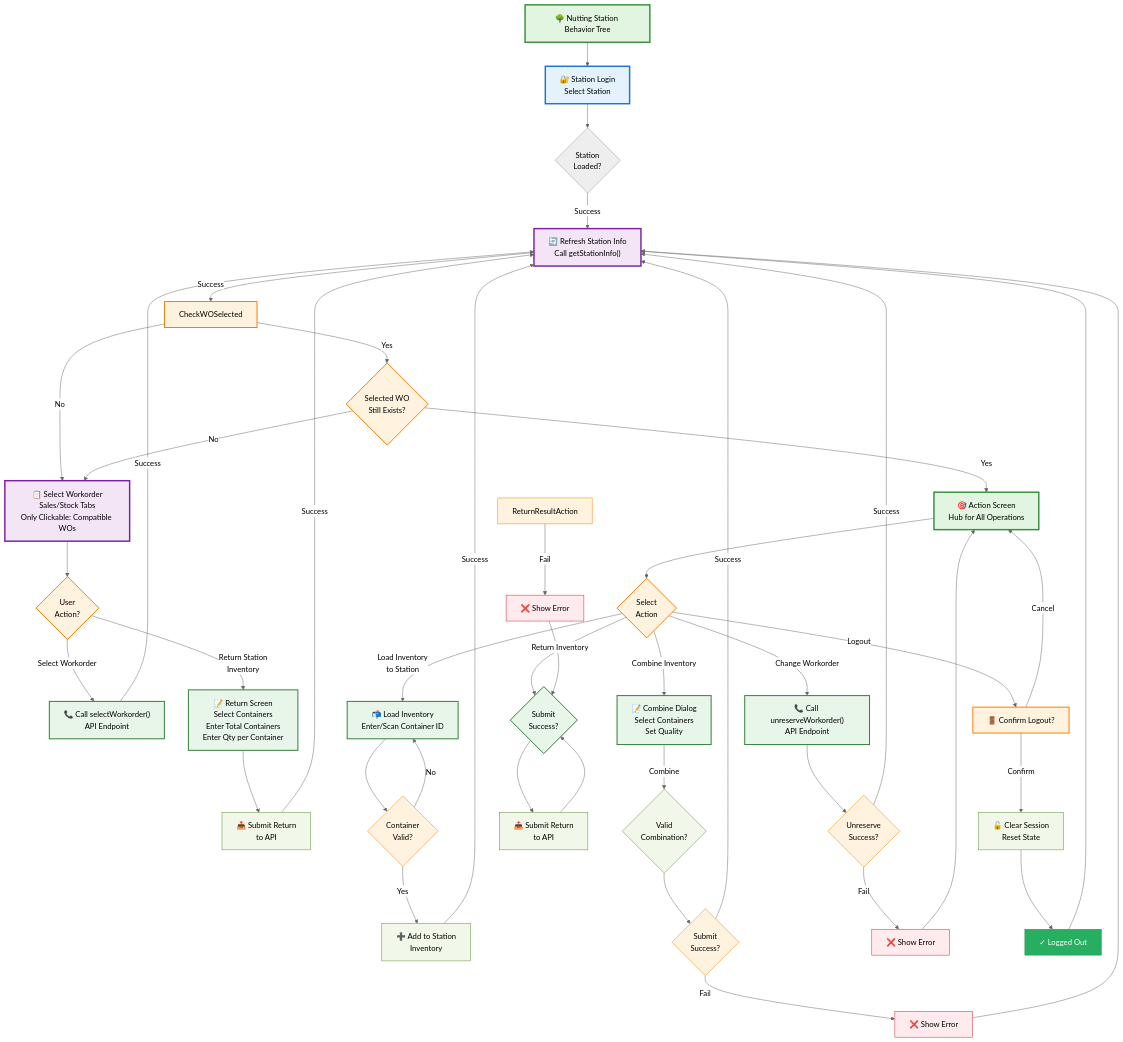
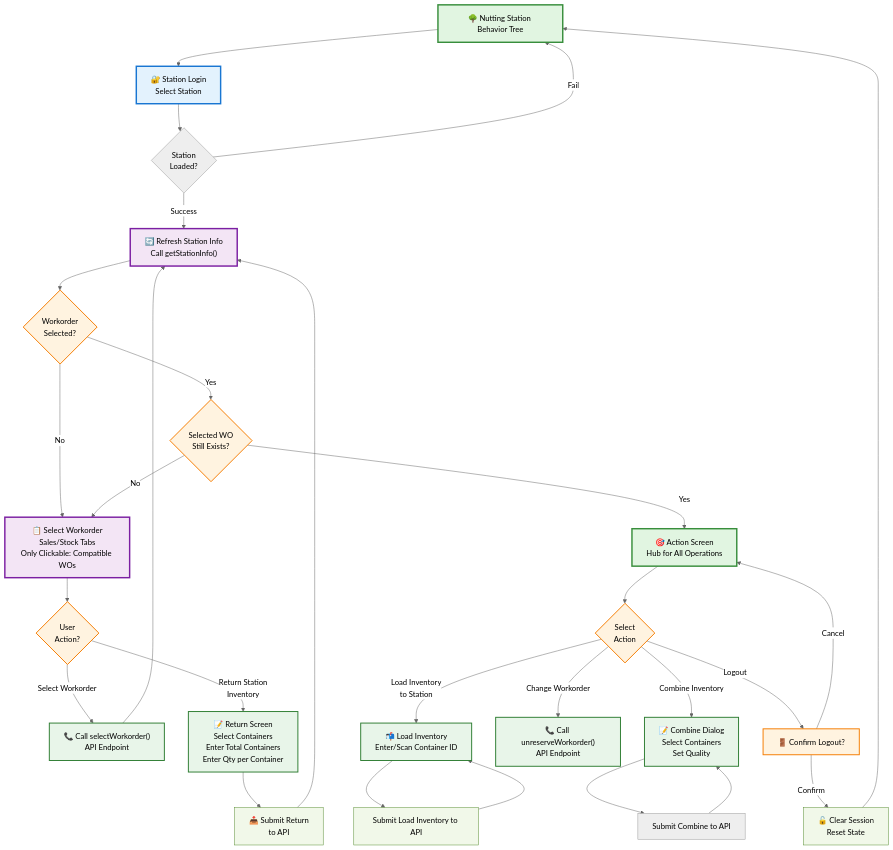
The diagram in diagrams/nutting-station-behavior-tree.mmd (ben-mad-jlp/claude-mermaid-collab), drawn with Mermaid (neutral theme) before and after one commit. The commit also changed 1 other file, not shown here.

Commit message:
feat: validate new state/node IDs
- Must start with letter, contain only alphanumeric and underscores
- Reject reserved Mermaid keywords (graph, subgraph, end, etc.)
- Show error and re-prompt on invalid input

```diff
--- a/diagrams/nutting-station-behavior-tree.mmd
+++ b/diagrams/nutting-station-behavior-tree.mmd
@@ -1,108 +1,81 @@
 graph TD
     Root["🌳 Nutting Station Behavior Tree"]
 
     %% Station Login Phase
     Root --> StationLogin["🔐 Station Login<br/>Select Station"]
     StationLogin --> LoginSuccess{Station<br/>Loaded?}
 
+    LoginSuccess -->|Fail| Root
 
     LoginSuccess -->|Success| Refresh["🔄 Refresh Station Info<br/>Call getStationInfo()"]
-    Refresh -->|Success| CheckWOSelected
-
-
+    Refresh --> CheckWOSelected{Workorder<br/>Selected?}
 
     %% Workorder Selection Phase
     CheckWOSelected -->|No| SelectWO["📋 Select Workorder<br/>Sales/Stock Tabs<br/>Only Clickable: Compatible WOs"]
     CheckWOSelected -->|Yes| CheckWOExists{Selected WO<br/>Still Exists?}
 
     CheckWOExists -->|No| SelectWO
 
     SelectWO --> WOAction{User<br/>Action?}
 
     WOAction -->|Select Workorder| CallSelectWO["📞 Call selectWorkorder()<br/>API Endpoint"]
 
 
     WOAction -->|Return Station<br/>Inventory| ReturnFromWOList["📝 Return Screen<br/>Select Containers<br/>Enter Total Containers<br/>Enter Qty per Container"]
     ReturnFromWOList --> ReturnSubmit["📥 Submit Return<br/>to API"]
 
     ActionScreen["🎯 Action Screen<br/>Hub for All Operations"]
     CheckWOExists -->|Yes| ActionScreen
 
     %% Main Action Screen with Operation Branches
     ActionScreen --> Action{Select<br/>Action}
 
     %% Load Inventory to Station Action
     Action -->|Load Inventory<br/>to Station| LoadInventory["📬 Load Inventory<br/>Enter/Scan Container ID"]
-    LoadInventory --> ValidateContainer{Container<br/>Valid?}
-    ValidateContainer -->|Yes| AddToInventory["➕ Add to Station<br/>Inventory"]
-    ValidateContainer -->|No| LoadInventory
-    AddToInventory -->|Success| Refresh
+    AddToInventory[Submit Load Inventory to API] --> LoadInventory
 
     %% Combine Inventory Action
     Action -->|Combine Inventory| CombineDialog["📝 Combine Dialog<br/>Select Containers<br/>Set Quality"]
-    CombineDialog -->|Combine| CombineSubmit{Valid<br/>Combination?}
-    CombineSubmit --> CombineResult{Submit<br/>Success?}
-    CombineResult -->|Fail| CombineFailError["❌ Show Error"]
-    CombineFailError --> Refresh
-    CombineResult -->|Success| Refresh
 
     %% Return Inventory Action (from Action Screen)
-    Action -->|Return Inventory| ReturnFromAction["📝 Return Screen<br/>Select Containers<br/>Enter Total Containers<br/>Enter Qty per Container"]
-    ReturnFromAction --> ReturnSubmitAction["📥 Submit Return<br/>to API"]
-    ReturnSubmitAction --> ReturnFromAction{Submit<br/>Success?}
-    ReturnResultAction -->|Fail| ReturnErrorAction["❌ Show Error"]
-    ReturnErrorAction --> ReturnFromAction
 
     %% Change Workorder Action
     Action -->|Change Workorder| CallUnreserve["📞 Call unreserveWorkorder()<br/>API Endpoint"]
-    CallUnreserve --> UnreserveResult{Unreserve<br/>Success?}
-    UnreserveResult -->|Fail| UnreserveError["❌ Show Error"]
-    UnreserveError --> ActionScreen
-    UnreserveResult -->|Success| Refresh
 
     %% Logout Action
     Action -->|Logout| LogoutConfirm["🚪 Confirm Logout?"]
     LogoutConfirm -->|Cancel| ActionScreen
     LogoutConfirm -->|Confirm| ExecuteLogout["🔓 Clear Session<br/>Reset State"]
-    ExecuteLogout --> LogoutSuccess["✓ Logged Out"]
-    LogoutSuccess --> Refresh
+    ExecuteLogout --> Root
 
     %% Styling
     style Root fill:#e1f5e1,stroke:#388e3c,stroke-width:3px
     style StationLogin fill:#e3f2fd,stroke:#1976d2,stroke-width:3px
     style Refresh fill:#f3e5f5,stroke:#7b1fa2,stroke-width:3px
     style CheckWOSelected fill:#fff3e0,stroke:#f57c00,stroke-width:2px
     style CheckWOExists fill:#fff3e0,stroke:#f57c00,stroke-width:2px
     style SelectWO fill:#f3e5f5,stroke:#7b1fa2,stroke-width:3px
     style WOAction fill:#fff3e0,stroke:#f57c00,stroke-width:2px
     style CallSelectWO fill:#e8f5e9,stroke:#2e7d32,stroke-width:2px
     style ActionScreen fill:#e1f5e1,stroke:#388e3c,stroke-width:3px
     style Action fill:#fff3e0,stroke:#f57c00,stroke-width:2px
 
     style LoadInventory fill:#e8f5e9,stroke:#2e7d32,stroke-width:2px
-    style ValidateContainer fill:#fff3e0,stroke:#f57c00
     style AddToInventory fill:#f1f8e9,stroke:#558b2f
 
     style CombineDialog fill:#e8f5e9,stroke:#2e7d32,stroke-width:2px
-    style CombineSubmit fill:#f1f8e9,stroke:#558b2f
-    style CombineResult fill:#fff3e0,stroke:#f57c00
-    style CombineFailError fill:#ffebee,stroke:#c62828
 
     style ReturnFromWOList fill:#e8f5e9,stroke:#2e7d32,stroke-width:2px
     style ReturnSubmit fill:#f1f8e9,stroke:#558b2f
 
-    style ReturnFromAction fill:#e8f5e9,stroke:#2e7d32,stroke-width:2px
-    style ReturnSubmitAction fill:#f1f8e9,stroke:#558b2f
-    style ReturnResultAction fill:#fff3e0,stroke:#f57c00
-    style ReturnErrorAction fill:#ffebee,stroke:#c62828
 
     style CallUnreserve fill:#e8f5e9,stroke:#2e7d32,stroke-width:2px
-    style UnreserveResult fill:#fff3e0,stroke:#f57c00
-    style UnreserveError fill:#ffebee,stroke:#c62828
 
     style LogoutConfirm fill:#fff3e0,stroke:#f57c00,stroke-width:2px
     style ExecuteLogout fill:#f1f8e9,stroke:#558b2f
-    style LogoutSuccess fill:#27ae60,stroke:#229954,color:#fff
-
-    CallSelectWO -->|Success| Refresh
-    ReturnSubmit -->|Success| Refresh
+    LoadInventory --> AddToInventory
+    CombineDialog --> SubmitCombine
+    SubmitCombine["Submit Combine to API"]
+    SubmitCombine --> CombineDialog
+    ReturnSubmit --> Refresh
+    CallSelectWO --> Refresh
```
